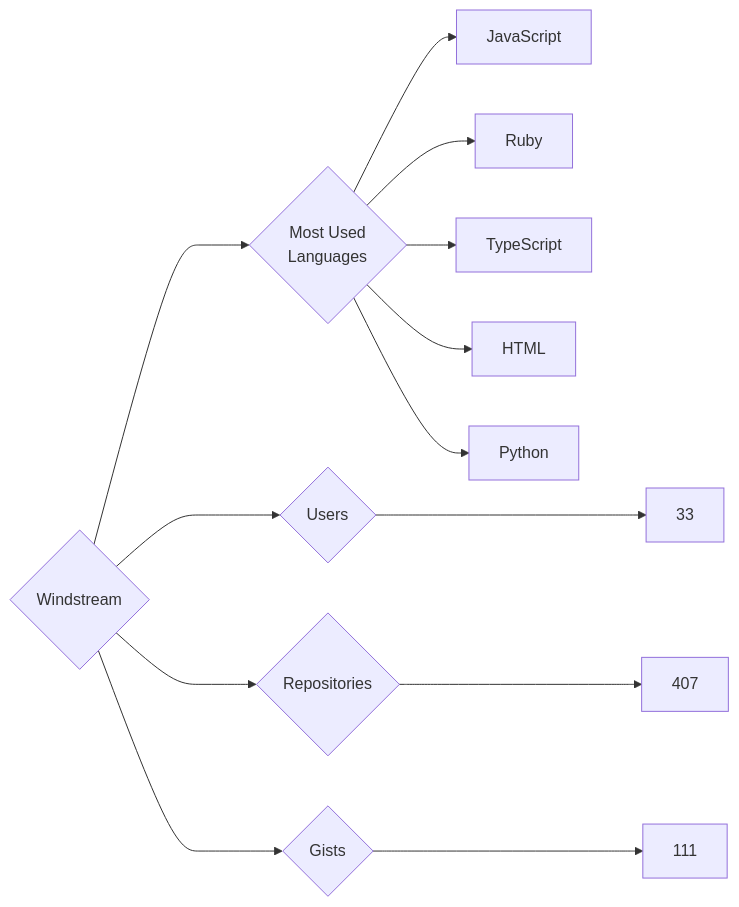
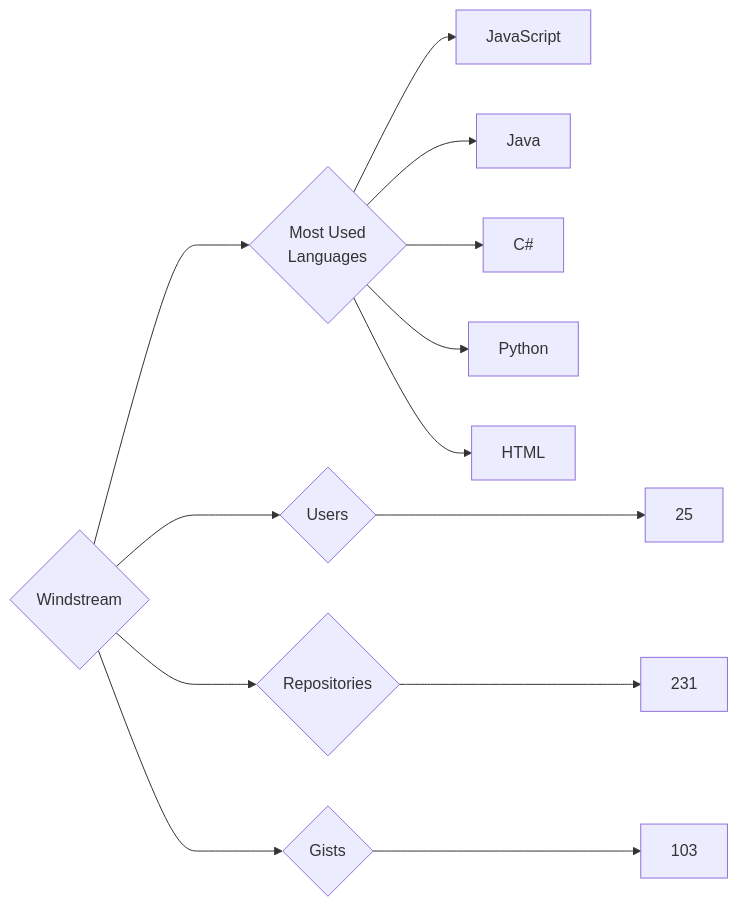
Before and after one commit to trickest/insiders: the diagram in targets/Windstream/README.md, drawn with Mermaid. The commit also changed 833 other files, not shown here.

````diff
--- a/targets/Windstream/README.md
+++ b/targets/Windstream/README.md
@@ -3,13 +3,13 @@
 ```mermaid
 graph LR
 COMPANY_NAME{Windstream}
-COMPANY_NAME ---> U{Users} ---> UN[33]
-COMPANY_NAME ---> R{Repositories} ---> RN[407]
-COMPANY_NAME ---> G{Gists} ---> GN[111]
+COMPANY_NAME ---> U{Users} ---> UN[25]
+COMPANY_NAME ---> R{Repositories} ---> RN[231]
+COMPANY_NAME ---> G{Gists} ---> GN[103]
 COMPANY_NAME ---> ML{Most Used<br>Languages}
 ML --> JavaScript[JavaScript]
-ML --> Ruby[Ruby]
-ML --> TypeScript[TypeScript]
+ML --> Java[Java]
+ML --> C#[C#]
+ML --> Python[Python]
 ML --> HTML[HTML]
-ML --> Python[Python]
 ```
````
